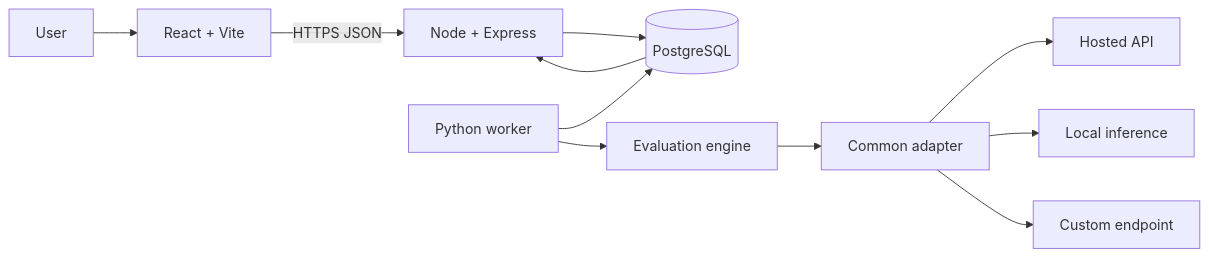
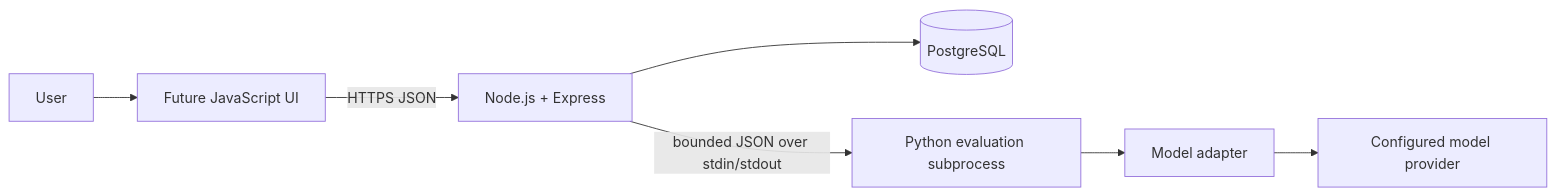
One commit to mayank34000/AgentArena changed the diagram in docs/ARCHITECTURE.md. Above: the diagram before and after it, drawn with Mermaid. The commit also changed other lines of this file and 25 other files, not shown here.

````diff
--- a/docs/ARCHITECTURE.md
+++ b/docs/ARCHITECTURE.md
@@ -9,11 +9,9 @@
 ```mermaid
 flowchart LR
- U[User] --> UI[React + Vite] -->|HTTPS JSON| API[Node + Express]
- API --> DB[(PostgreSQL)]
- W[Python worker] --> DB
- W --> EV[Evaluation engine] --> AD[Common adapter]
- AD --> H[Hosted API]
- AD --> L[Local inference]
- AD --> C[Custom endpoint]
- DB --> API
+  U[User] --> UI[Future JavaScript UI]
+  UI -->|HTTPS JSON| API[Node.js + Express]
+  API --> DB[(PostgreSQL)]
+  API -->|bounded JSON over stdin/stdout| PY[Python evaluation subprocess]
+  PY --> AD[Model adapter]
+  AD --> P[Configured model provider]
 ```
````
